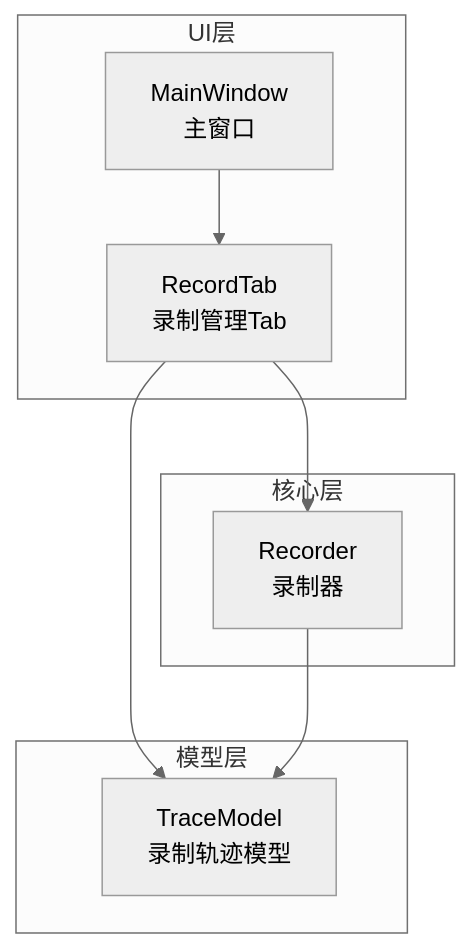
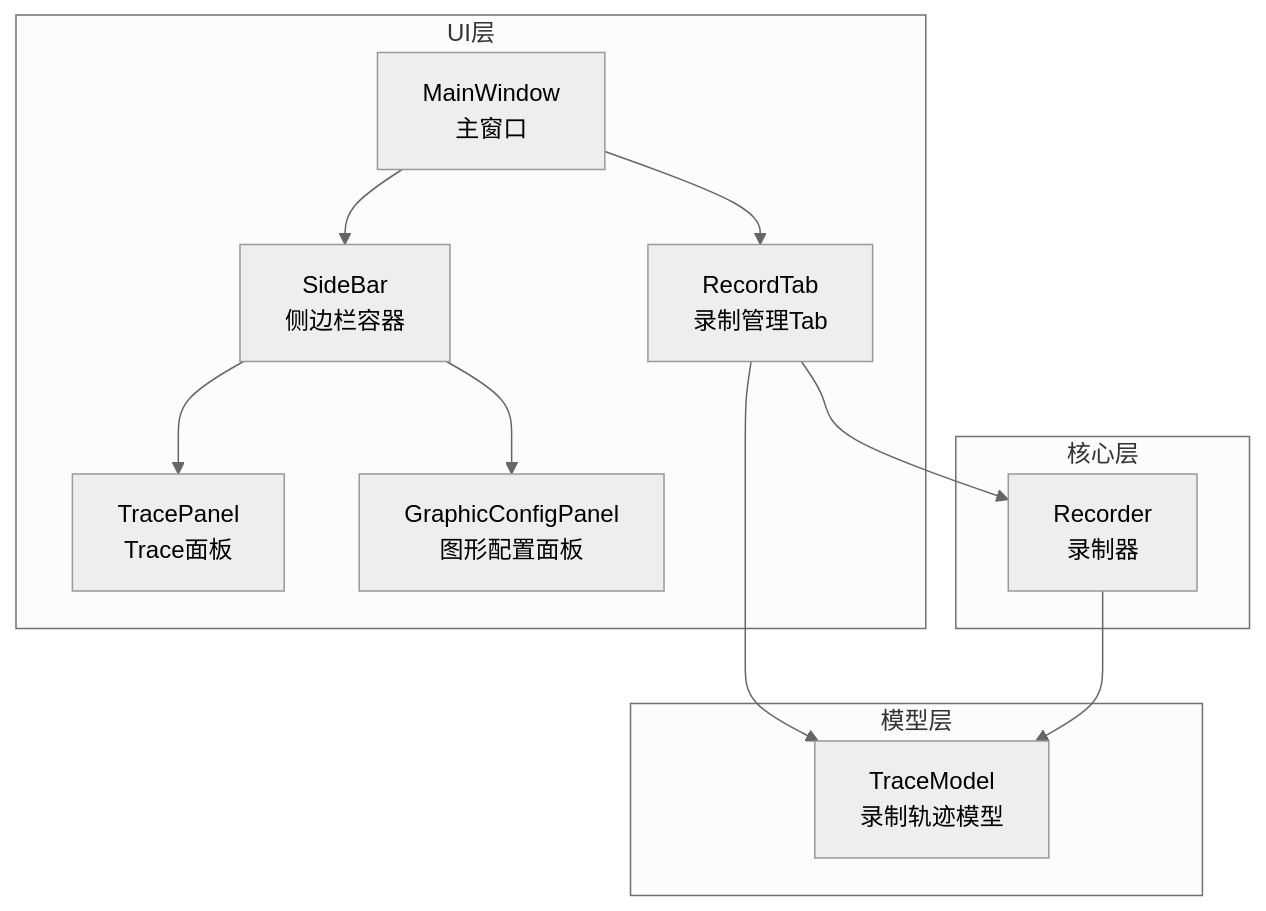
The first of 8 diagrams in .qoder/repowiki/zh/content/架构设计/UI系统设计/录制管理Tab组件/录制管理Tab组件.md (jakecai1225-design/OpenBus), drawn with Mermaid (neutral theme) before and after one commit. The commit also changed other lines of this file and 71 other files, not shown here.

Commit message:
graphic trace

````diff
--- a/.qoder/repowiki/zh/content/架构设计/UI系统设计/录制管理Tab组件/录制管理Tab组件.md
+++ b/.qoder/repowiki/zh/content/架构设计/UI系统设计/录制管理Tab组件/录制管理Tab组件.md
@@ -40,17 +50,23 @@
 ```mermaid
 graph TB
 subgraph "UI层"
 RecordTab["RecordTab<br/>录制管理Tab"]
+SideBar["SideBar<br/>侧边栏容器"]
+TracePanel["TracePanel<br/>Trace面板"]
+GraphicPanel["GraphicConfigPanel<br/>图形配置面板"]
 MainWindow["MainWindow<br/>主窗口"]
 end
 subgraph "核心层"
 Recorder["Recorder<br/>录制器"]
 end
 subgraph "模型层"
 TraceModel["TraceModel<br/>录制轨迹模型"]
 end
 RecordTab --> Recorder
 RecordTab --> TraceModel
+SideBar --> TracePanel
+SideBar --> GraphicPanel
 MainWindow --> RecordTab
+MainWindow --> SideBar
 Recorder --> TraceModel
 ```
````
